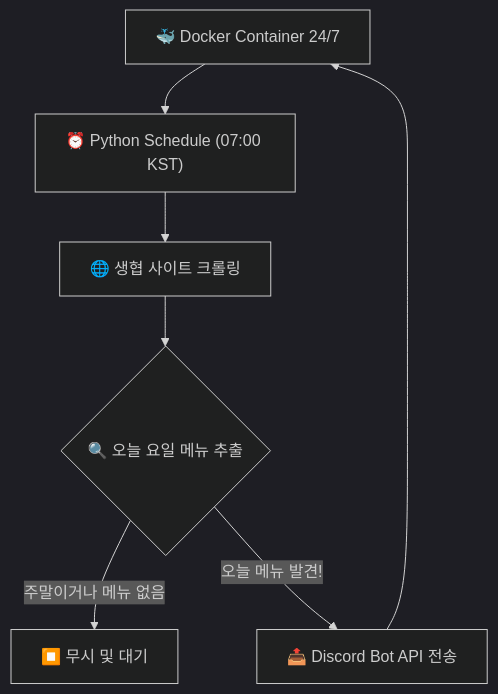
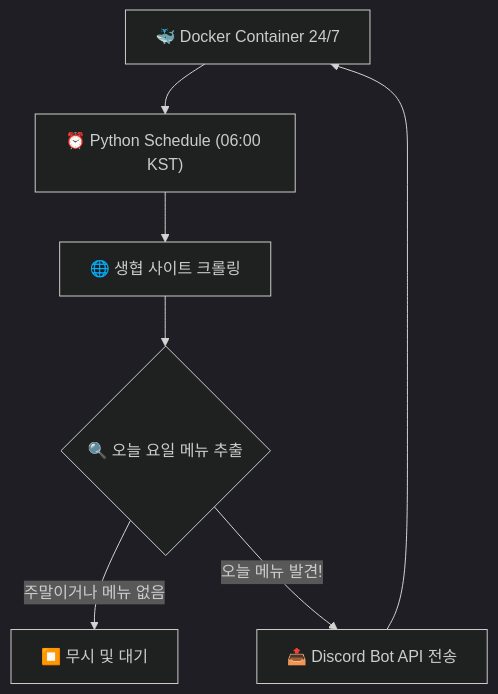
The diagram in README.md (c0deb1n/Knu_Menus), drawn with Mermaid (dark theme) before and after one commit. The commit also changed other lines of this file and 1 other file, not shown here.

Commit message:
feat: 알림 전송 시간을 아침 6시로 변경

````diff
--- a/README.md
+++ b/README.md
@@ -23,9 +23,9 @@
 ```mermaid
 graph TD
-    A["🐳 Docker Container 24/7"] --> B["⏰ Python Schedule (07:00 KST)"]
+    A["🐳 Docker Container 24/7"] --> B["⏰ Python Schedule (06:00 KST)"]
     B --> C["🌐 생협 사이트 크롤링"]
     C --> D{"🔍 오늘 요일 메뉴 추출"}
     D -->|"주말이거나 메뉴 없음"| E["⏹️ 무시 및 대기"]
     D -->|"오늘 메뉴 발견!"| F["📤 Discord Bot API 전송"]
     F --> A
 ```
````
